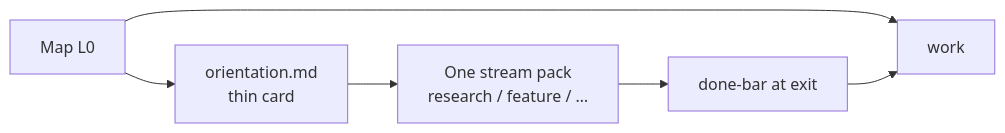
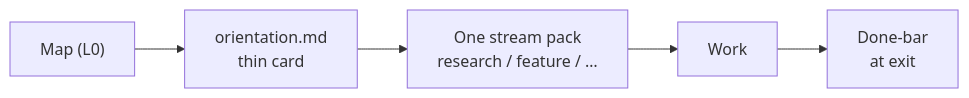
Before and after one commit to gitpash/agent-artifact-protocol: the fourth of 5 diagrams in README.md, drawn with Mermaid. The commit also changed other lines of this file, not shown here.

First line of the commit message:
docs(readme): apply review — diagram honesty + section order

````diff
--- a/README.md
+++ b/README.md
@@ -121,8 +164,7 @@
 ```mermaid
 flowchart LR
-  M[Map L0] --> O[orientation.md<br/>thin card]
-  O --> S[One stream pack<br/>research / feature / …]
-  S --> D[done-bar at exit]
-  M --> W[work]
-  D --> W
+  M["Map (L0)"] --> O["orientation.md<br/>thin card"]
+  O --> S["One stream pack<br/>research / feature / …"]
+  S --> W[Work]
+  W --> D["Done-bar<br/>at exit"]
 ```
````
